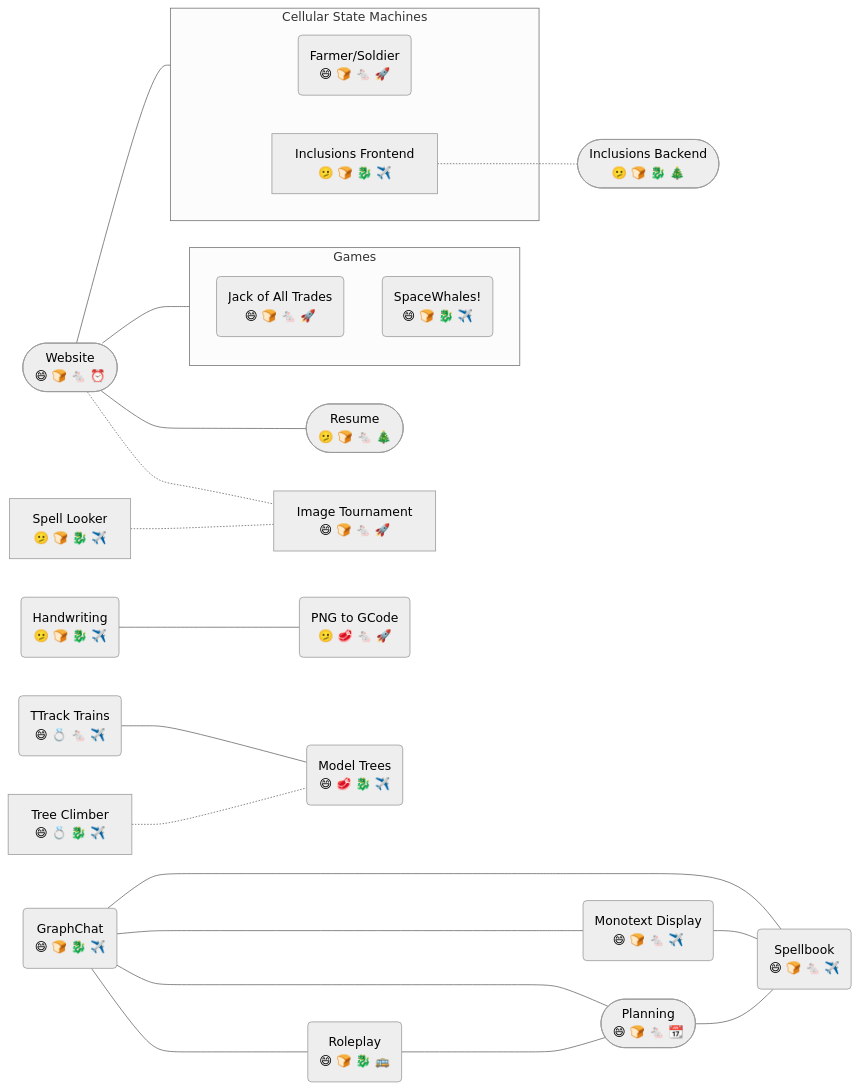
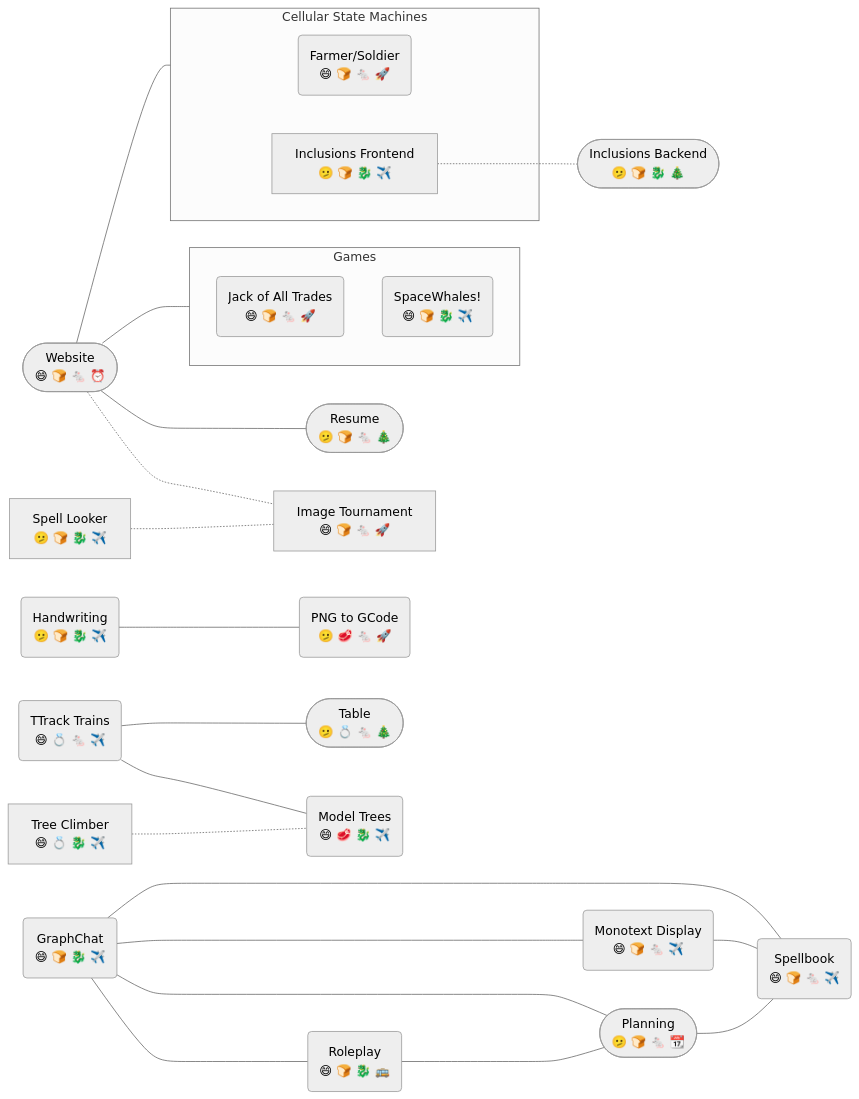
Before and after one commit to eipiguy/jekyll-theme-nnesbitt: the diagram in pages/projects.md, drawn with Mermaid (neutral theme). The commit also changed other lines of this file and 2 other files, not shown here.

```diff
--- a/pages/projects.md
+++ b/pages/projects.md
@@ -14,56 +15,58 @@
 <div class="mermaid">
 flowchart LR
 
   website(["Website\n 😄 🍞 🐁 ⏰"])
   resume(["Resume\n 🫤 🍞 🐁 🎄"])
   imagetournament["Image Tournament\n 😄 🍞 🐁 🚀"]
   spelllooker["Spell Looker\n 🫤 🍞 🐉 ✈️"]
 
   subgraph games["Games"]
     jackofalltrades("Jack of All Trades\n 😄 🍞 🐁 🚀")
     spacewhales("SpaceWhales!\n 😄 🍞 🐉 ✈️")
   end
 
   subgraph cellularstates["Cellular State Machines"]
     farmersoldier("Farmer/Soldier\n 😄 🍞 🐁 🚀")
     inclusionsfront["Inclusions Frontend\n 🫤 🍞 🐉 ✈️"]
   end
   inclusionsback(["Inclusions Backend\n 🫤 🍞 🐉 🎄"])
 
   website---resume
   website---games
   website---cellularstates
   website-.-imagetournament
   spelllooker-.-imagetournament
 
   inclusionsfront-.-inclusionsback
 
   graphchat("GraphChat\n 😄 🍞 🐉 ✈️")
   monotextdisplay("Monotext Display\n 😄 🍞 🐁 ✈️")
   spellbook("Spellbook\n 😄 🍞 🐁 ✈️")
   roleplay("Roleplay\n 😄 🍞 🐉 🚌")
-  planning(["Planning\n 😄 🍞 🐁 📆"])
+  planning(["Planning\n 🫤 🍞 🐁 📆"])
 
   graphchat---monotextdisplay
   graphchat---spellbook
   graphchat---roleplay
   graphchat---planning
 
   roleplay---planning
 
   monotextdisplay---spellbook
 
   planning---spellbook
 
   handwriting("Handwriting\n 🫤 🍞 🐉 ✈️")
   pnggcode("PNG to GCode\n 🫤 🥩 🐁 🚀")
 
   handwriting---pnggcode
 
+  table(["Table\n 🫤 💍 🐁 🎄"])
   trains("TTrack Trains\n 😄 💍 🐁 ✈️")
   treeclimber["Tree Climber\n 😄 💍 🐉 ✈️"]
   trees("Model Trees\n 😄 🥩 🐉 ✈️")
 
+  trains---table
   trains---trees
   treeclimber-.-trees
 </div>
```
